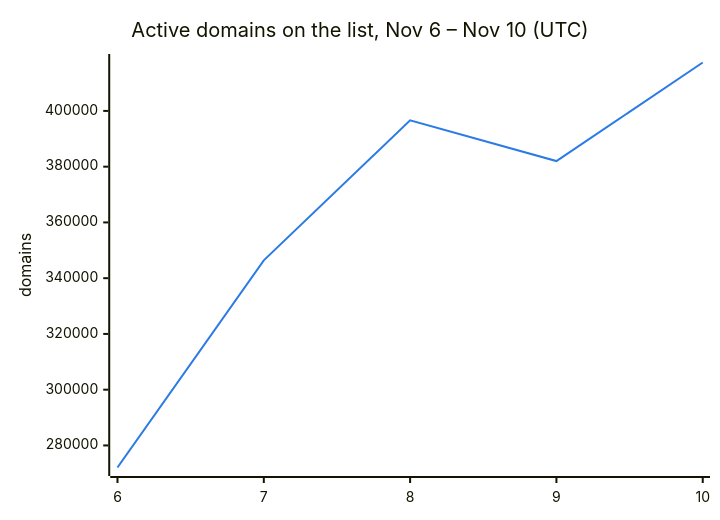
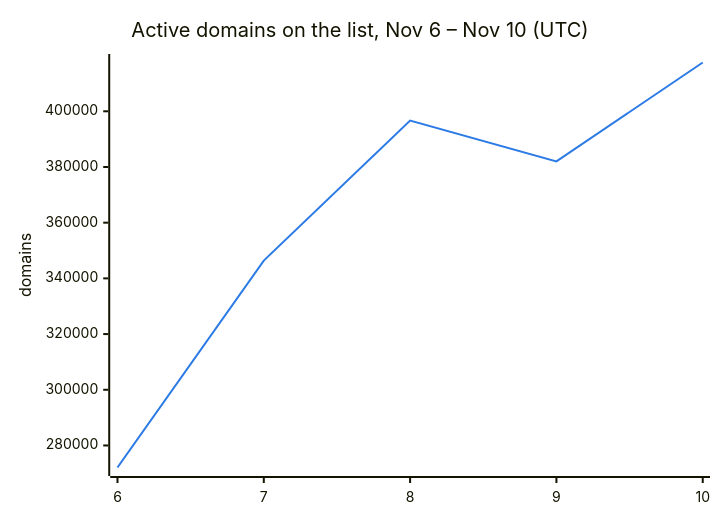
Before and after one commit to DNSBunker/CTI: the second of 3 diagrams in README.md, drawn with Mermaid. The commit also changed other lines of this file and 3 other files, not shown here.

````diff
--- a/README.md
+++ b/README.md
@@ -38,8 +38,8 @@
 ```mermaid
 %%{init: {"themeVariables": {"xyChart": {"plotColorPalette": "#2c7be5"}}}}%%
 xychart-beta
     title "Active domains on the list, Nov 6 – Nov 10 (UTC)"
     x-axis ["6", "7", "8", "9", "10"]
     y-axis "domains"
-    line [272088, 346388, 396638, 382009, 417367]
+    line [272088, 346388, 396638, 382009, 417519]
 ```
````
